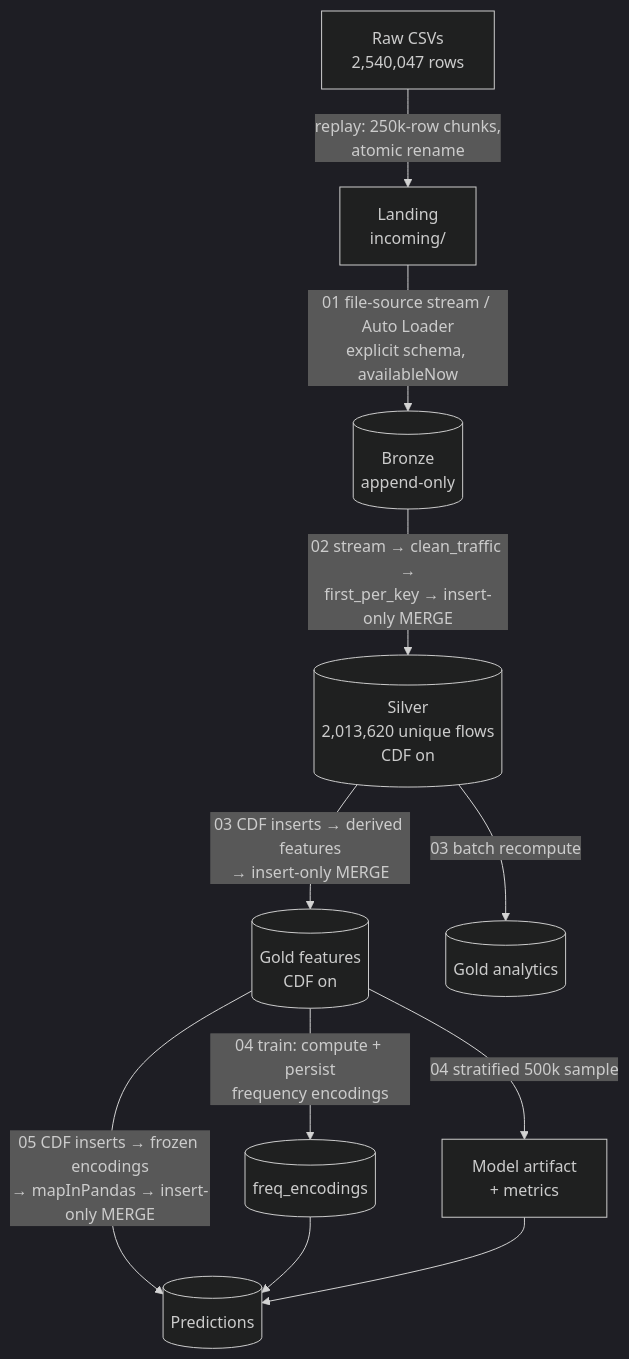
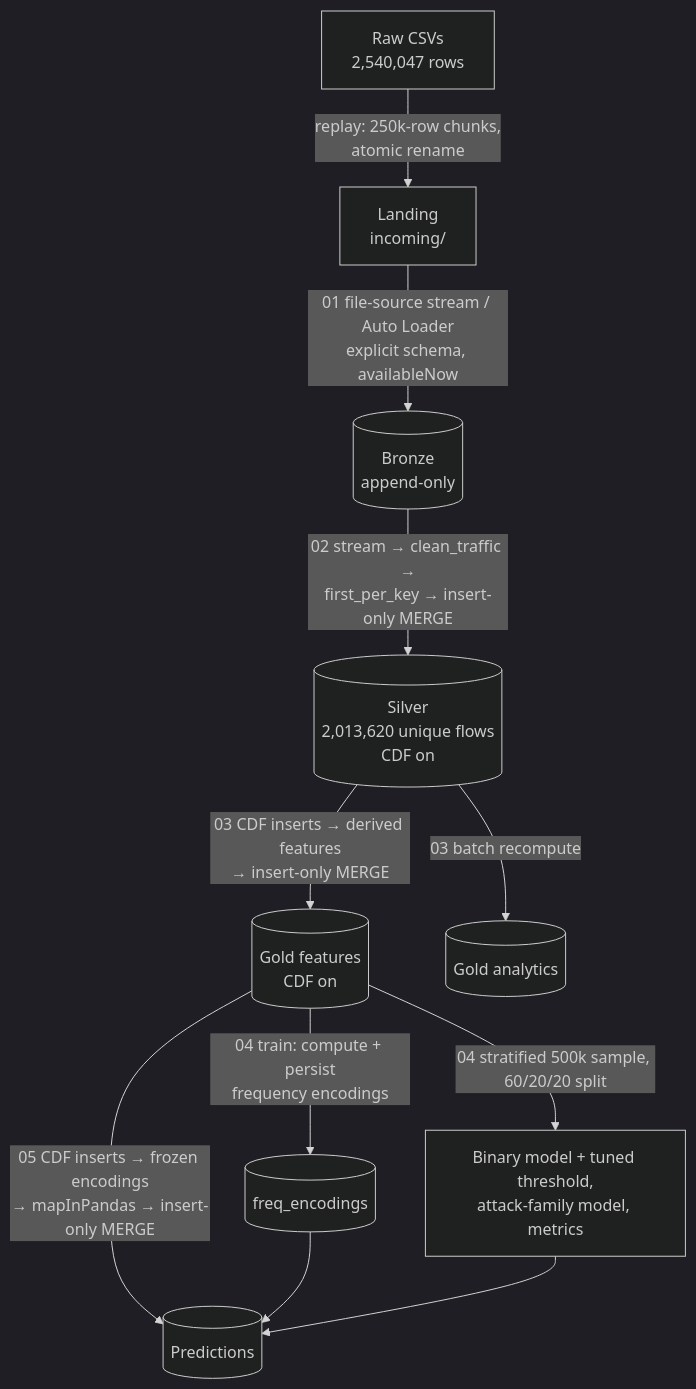
Before and after one commit to chrisguzman77/cyber-lakehouse: the second of 2 diagrams in docs/architecture.md, drawn with Mermaid (dark theme). The commit also changed other lines of this file and 20 other files, not shown here.

First line of the commit message:
Tune the alert threshold on a validation split and add an attack-family model

````diff
--- a/docs/architecture.md
+++ b/docs/architecture.md
@@ -48,13 +48,13 @@
 ```mermaid
 flowchart TD
     raw[Raw CSVs<br/>2,540,047 rows] -->|replay: 250k-row chunks,<br/>atomic rename| landing[Landing<br/>incoming/]
     landing -->|01 file-source stream / Auto Loader<br/>explicit schema, availableNow| bronze[(Bronze<br/>append-only)]
     bronze -->|02 stream → clean_traffic →<br/>first_per_key → insert-only MERGE| silver[(Silver<br/>2,013,620 unique flows<br/>CDF on)]
     silver -->|03 CDF inserts → derived features<br/>→ insert-only MERGE| gold[(Gold features<br/>CDF on)]
     silver -->|03 batch recompute| analytics[(Gold analytics)]
     gold -->|04 train: compute + persist<br/>frequency encodings| enc[(freq_encodings)]
-    gold -->|04 stratified 500k sample| model[Model artifact<br/>+ metrics]
+    gold -->|04 stratified 500k sample, 60/20/20 split| model[Binary model + tuned threshold,<br/>attack-family model, metrics]
     gold -->|05 CDF inserts → frozen encodings<br/>→ mapInPandas → insert-only MERGE| pred[(Predictions)]
     enc --> pred
     model --> pred
 ```
````
